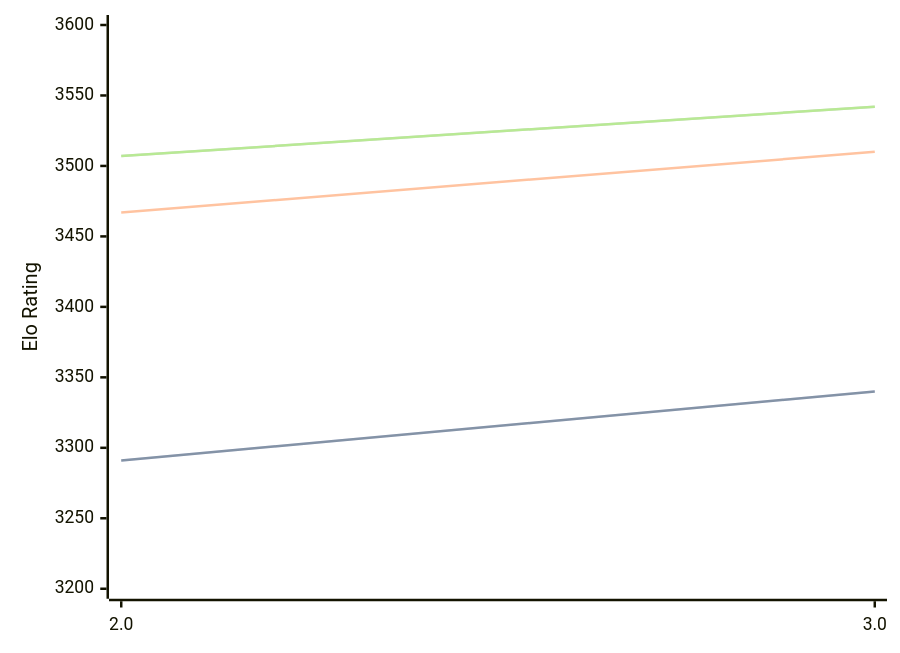
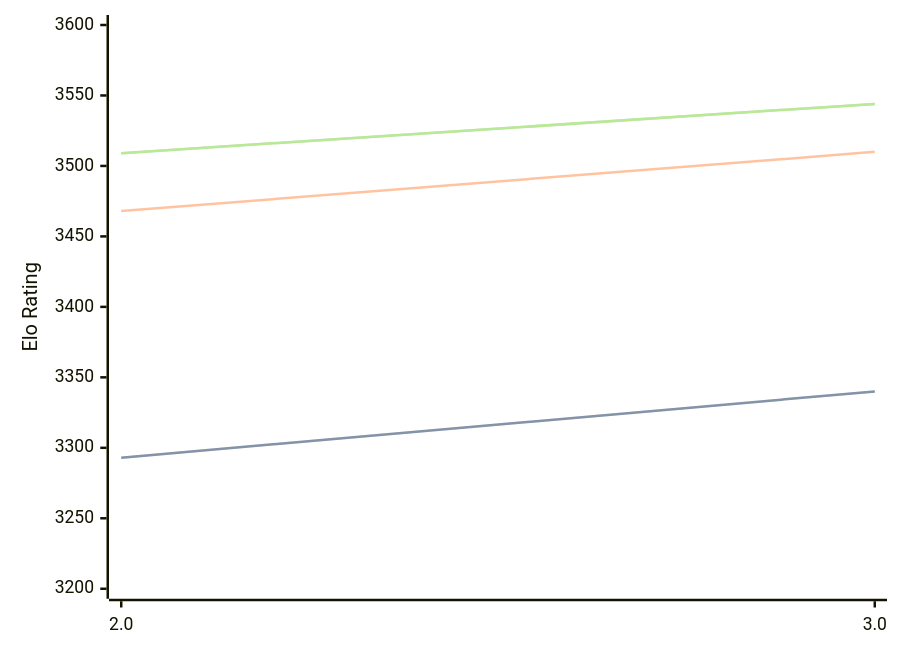
Before and after one commit to computer-chess-index/cci: the diagram in engines/Quanticade.md, drawn with Mermaid. The commit also changed other lines of this file, not shown here.

Commit message:
Update CCI Ratings (ELO VLTC) - 2026-08-21

````diff
--- a/engines/Quanticade.md
+++ b/engines/Quanticade.md
@@ -32,11 +32,11 @@
 ```mermaid
 %%{init: {"theme":"base","themeVariables":{"seriesColors:['#a3a3a3','#222221','#faa371']}}}%%
 xychart-beta
   x-axis ["2.0", "3.0"]
   y-axis "Elo Rating" 3200 --> 3600
-  line "STC (8.0+0.08s)" [3291, 3340]
-  line "STC (8.0+0.08s)" [3291, 3340]
-  line "LTC (60.0+0.60s)" [3467, 3510]
-  line "VLTC (2m24s+1.12s)" [3507, 3542]
-  line "VLTC (2m24s+1.12s)" [3507, 3542]
+  line "STC (8.0+0.08s)" [3293, 3340]
+  line "STC (8.0+0.08s)" [3293, 3340]
+  line "LTC (60.0+0.60s)" [3468, 3510]
+  line "VLTC (2m24s+1.12s)" [3509, 3544]
+  line "VLTC (2m24s+1.12s)" [3509, 3544]
 ```
````
